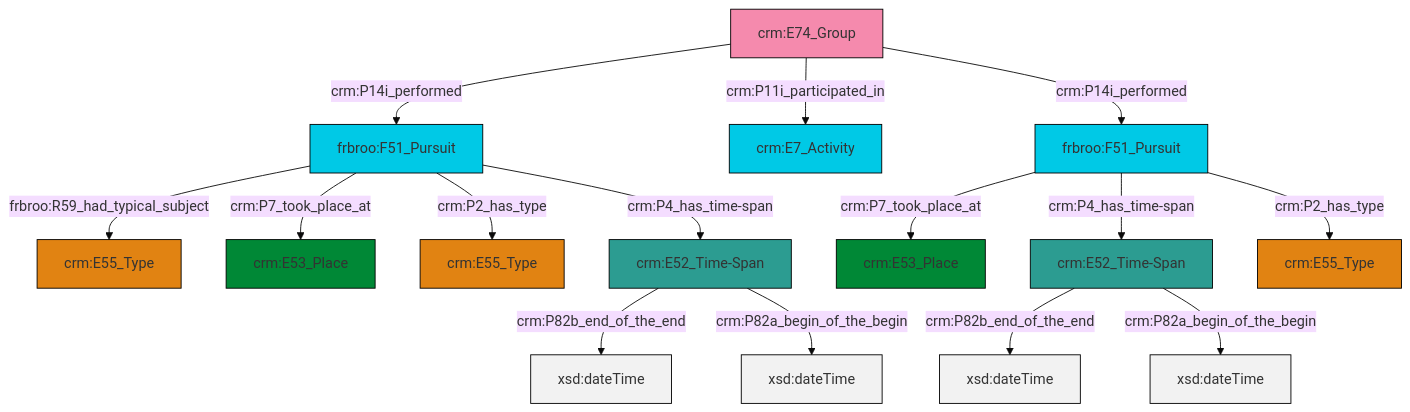
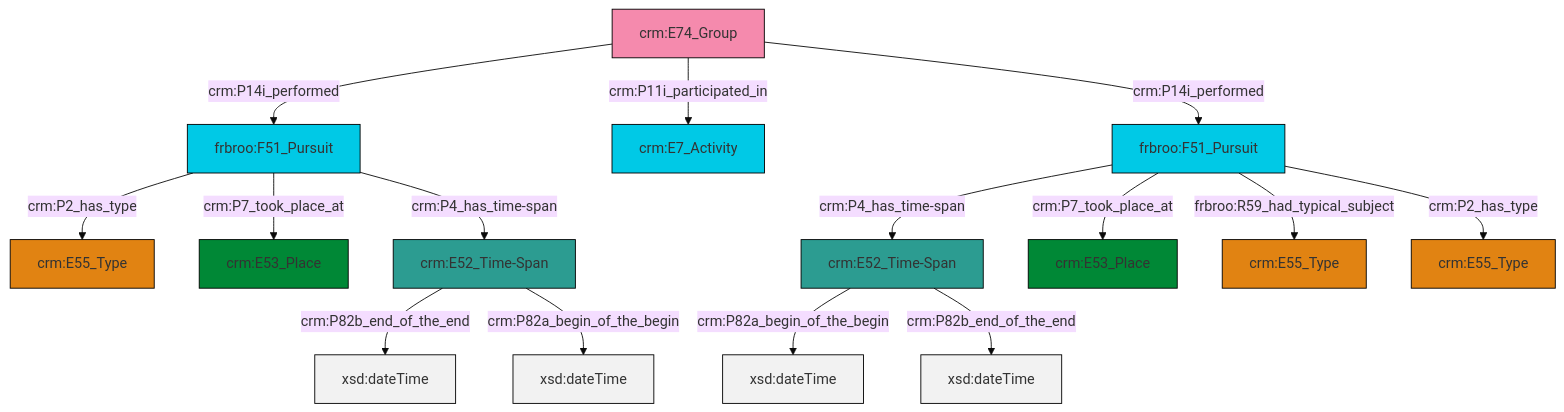
The diagram in et/groupCSV/ttl/mmd/group_events.ttl.mmd (swiss-art-research-net/docs.swissartresearch), drawn with Mermaid (base theme) before and after one commit. The commit also changed 179 other files, not shown here.

```diff
--- a/et/groupCSV/ttl/mmd/group_events.ttl.mmd
+++ b/et/groupCSV/ttl/mmd/group_events.ttl.mmd
@@ -1,29 +1,29 @@
 graph TD
 classDef Literal fill:#f2f2f2,stroke:#000000;
 classDef CRM_Entity fill:#FFFFFF,stroke:#000000;
 classDef Temporal_Entity fill:#00C9E6, stroke:#000000;
 classDef Type fill:#E18312, stroke:#000000;
 classDef Time-Span fill:#2C9C91, stroke:#000000;
 classDef Appellation fill:#FFEB7F, stroke:#000000;
 classDef Place fill:#008836, stroke:#000000;
 classDef Persistent_Item fill:#B266B2, stroke:#000000;
 classDef Conceptual_Object fill:#FFD700, stroke:#000000;
 classDef Physical_Thing fill:#D2B48C, stroke:#000000;
 classDef Actor fill:#f58aad, stroke:#000000;
 classDef PC_Classes fill:#4ce600, stroke:#000000;
 classDef Multi fill:#cccccc,stroke:#000000;
 
-0["crm:E52_Time-Span"]:::Time-Span -->|crm:P82b_end_of_the_end| 1[xsd:dateTime]:::Literal
-2["crm:E74_Group"]:::Actor -->|crm:P14i_performed| 3["frbroo:F51_Pursuit"]:::Temporal_Entity
-6["frbroo:F51_Pursuit"]:::Temporal_Entity -->|crm:P7_took_place_at| 4["crm:E53_Place"]:::Place
-9["crm:E52_Time-Span"]:::Time-Span -->|crm:P82b_end_of_the_end| 10[xsd:dateTime]:::Literal
-3["frbroo:F51_Pursuit"]:::Temporal_Entity -->|frbroo:R59_had_typical_subject| 11["crm:E55_Type"]:::Type
-6["frbroo:F51_Pursuit"]:::Temporal_Entity -->|crm:P4_has_time-span| 9["crm:E52_Time-Span"]:::Time-Span
-2["crm:E74_Group"]:::Actor -->|crm:P11i_participated_in| 14["crm:E7_Activity"]:::Temporal_Entity
-9["crm:E52_Time-Span"]:::Time-Span -->|crm:P82a_begin_of_the_begin| 15[xsd:dateTime]:::Literal
-0["crm:E52_Time-Span"]:::Time-Span -->|crm:P82a_begin_of_the_begin| 16[xsd:dateTime]:::Literal
-2["crm:E74_Group"]:::Actor -->|crm:P14i_performed| 6["frbroo:F51_Pursuit"]:::Temporal_Entity
-6["frbroo:F51_Pursuit"]:::Temporal_Entity -->|crm:P2_has_type| 12["crm:E55_Type"]:::Type
-3["frbroo:F51_Pursuit"]:::Temporal_Entity -->|crm:P7_took_place_at| 21["crm:E53_Place"]:::Place
-3["frbroo:F51_Pursuit"]:::Temporal_Entity -->|crm:P2_has_type| 18["crm:E55_Type"]:::Type
-3["frbroo:F51_Pursuit"]:::Temporal_Entity -->|crm:P4_has_time-span| 0["crm:E52_Time-Span"]:::Time-Span
+2["frbroo:F51_Pursuit"]:::Temporal_Entity -->|crm:P4_has_time-span| 3["crm:E52_Time-Span"]:::Time-Span
+6["frbroo:F51_Pursuit"]:::Temporal_Entity -->|crm:P2_has_type| 7["crm:E55_Type"]:::Type
+6["frbroo:F51_Pursuit"]:::Temporal_Entity -->|crm:P7_took_place_at| 13["crm:E53_Place"]:::Place
+2["frbroo:F51_Pursuit"]:::Temporal_Entity -->|crm:P7_took_place_at| 14["crm:E53_Place"]:::Place
+3["crm:E52_Time-Span"]:::Time-Span -->|crm:P82a_begin_of_the_begin| 16[xsd:dateTime]:::Literal
+11["crm:E52_Time-Span"]:::Time-Span -->|crm:P82b_end_of_the_end| 17[xsd:dateTime]:::Literal
+6["frbroo:F51_Pursuit"]:::Temporal_Entity -->|crm:P4_has_time-span| 11["crm:E52_Time-Span"]:::Time-Span
+0["crm:E74_Group"]:::Actor -->|crm:P14i_performed| 6["frbroo:F51_Pursuit"]:::Temporal_Entity
+0["crm:E74_Group"]:::Actor -->|crm:P11i_participated_in| 4["crm:E7_Activity"]:::Temporal_Entity
+2["frbroo:F51_Pursuit"]:::Temporal_Entity -->|frbroo:R59_had_typical_subject| 19["crm:E55_Type"]:::Type
+2["frbroo:F51_Pursuit"]:::Temporal_Entity -->|crm:P2_has_type| 8["crm:E55_Type"]:::Type
+11["crm:E52_Time-Span"]:::Time-Span -->|crm:P82a_begin_of_the_begin| 20[xsd:dateTime]:::Literal
+0["crm:E74_Group"]:::Actor -->|crm:P14i_performed| 2["frbroo:F51_Pursuit"]:::Temporal_Entity
+3["crm:E52_Time-Span"]:::Time-Span -->|crm:P82b_end_of_the_end| 23[xsd:dateTime]:::Literal
```
